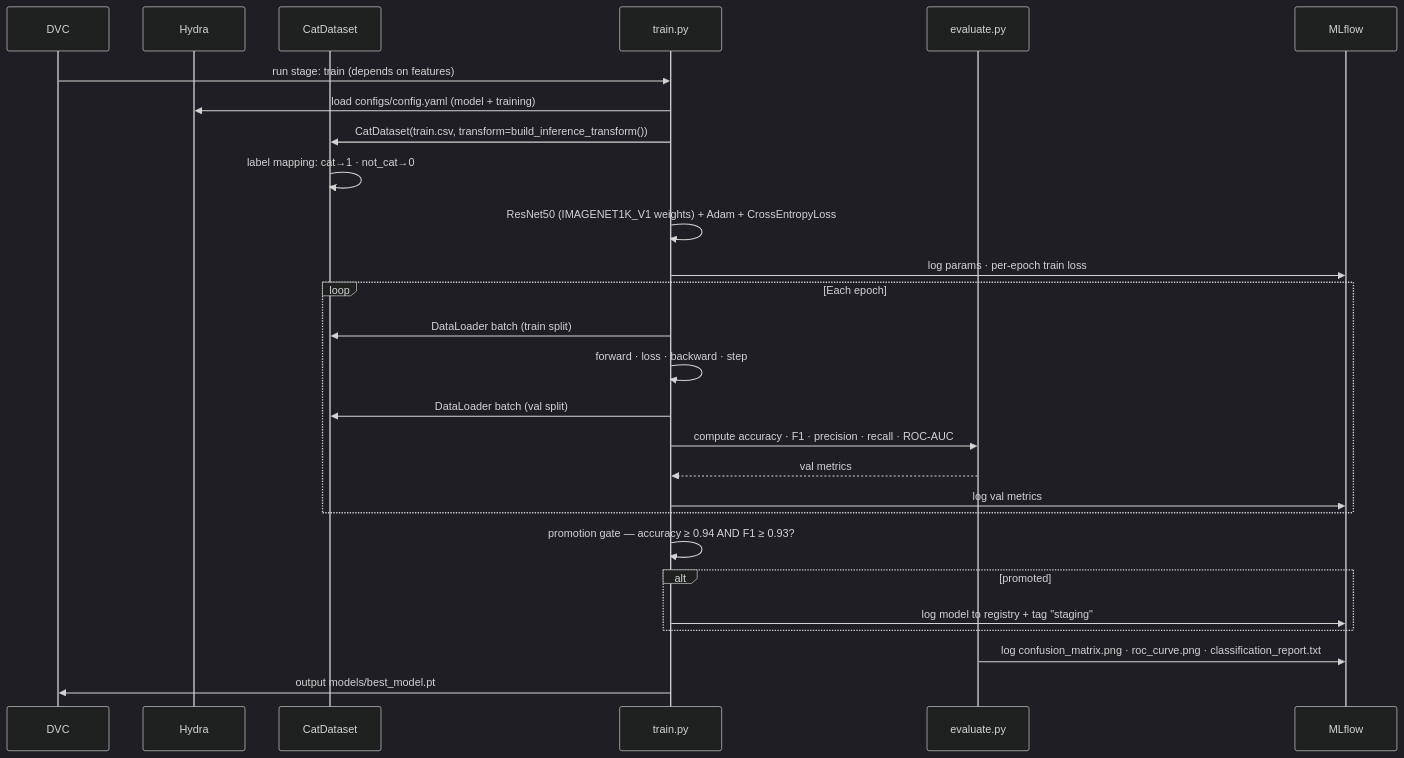
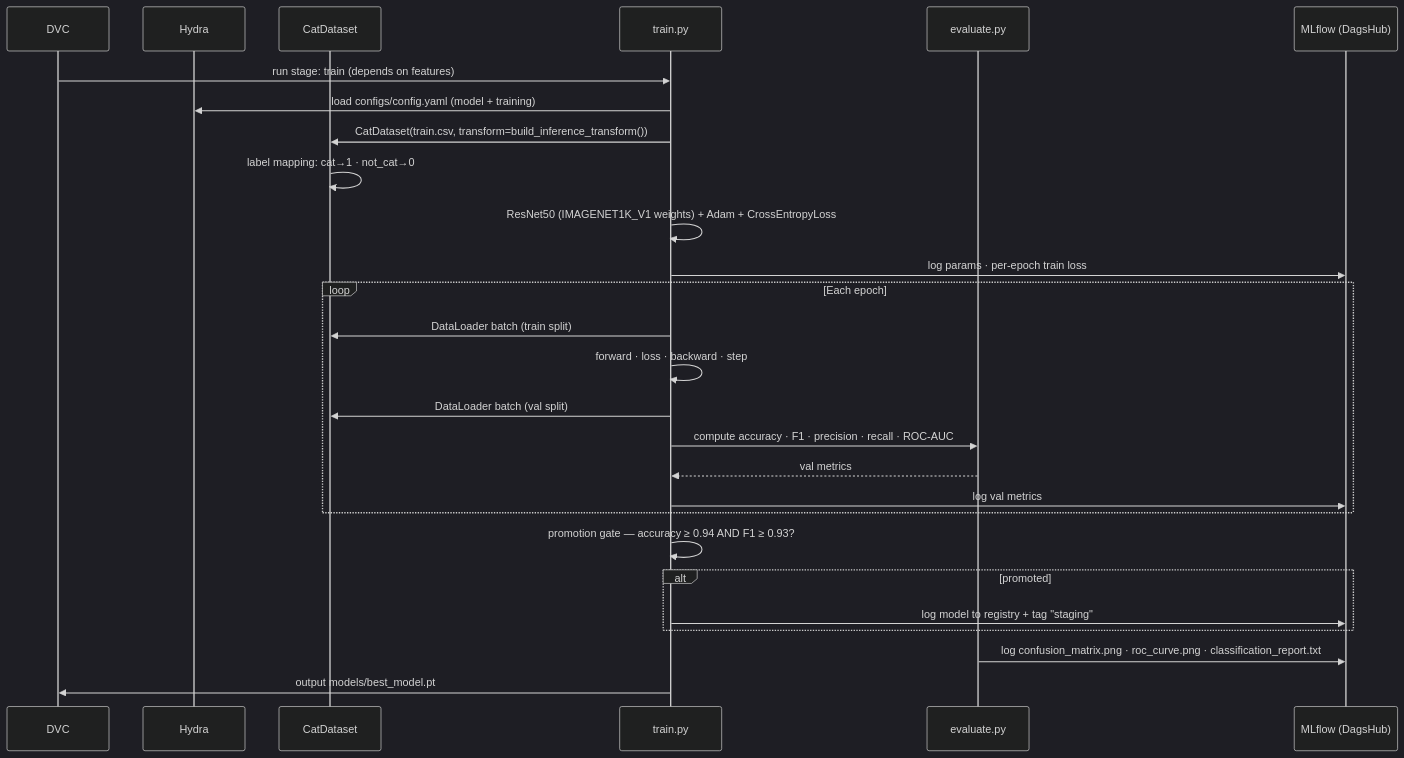
The fourth of 8 diagrams in docs/Architecture.md (afonsocosta90/purr-duction-pipeline), drawn with Mermaid (dark theme) before and after one commit. The commit also changed other lines of this file and 3 other files, not shown here.

````diff
--- a/docs/Architecture.md
+++ b/docs/Architecture.md
@@ -152,30 +152,30 @@
 ```mermaid
 sequenceDiagram
     participant DVC
     participant Hydra
     participant DS as CatDataset
     participant Train as train.py
     participant Eval as evaluate.py
-    participant MLflow
+    participant MLflow as MLflow (DagsHub)
 
     DVC->>Train: run stage: train (depends on features)
     Train->>Hydra: load configs/config.yaml (model + training)
     Train->>DS: CatDataset(train.csv, transform=build_inference_transform())
     DS->>DS: label mapping: cat→1 · not_cat→0
     Train->>Train: ResNet50 (IMAGENET1K_V1 weights) + Adam + CrossEntropyLoss
     Train->>MLflow: log params · per-epoch train loss
     loop Each epoch
         Train->>DS: DataLoader batch (train split)
         Train->>Train: forward · loss · backward · step
         Train->>DS: DataLoader batch (val split)
         Train->>Eval: compute accuracy · F1 · precision · recall · ROC-AUC
         Eval-->>Train: val metrics
         Train->>MLflow: log val metrics
     end
     Train->>Train: promotion gate — accuracy ≥ 0.94 AND F1 ≥ 0.93?
     alt promoted
         Train->>MLflow: log model to registry + tag "staging"
     end
     Eval->>MLflow: log confusion_matrix.png · roc_curve.png · classification_report.txt
     Train->>DVC: output models/best_model.pt
 ```
````
